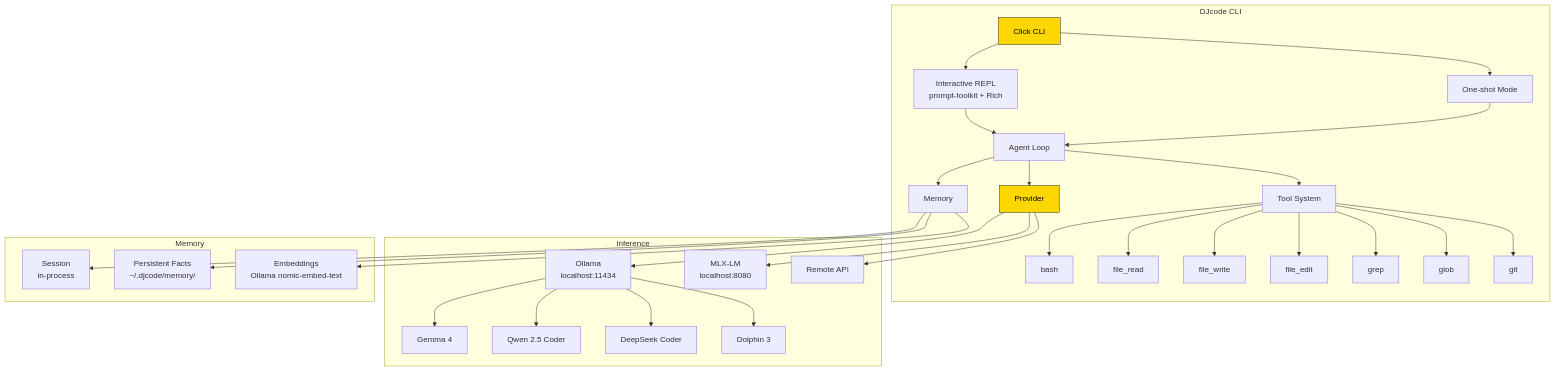
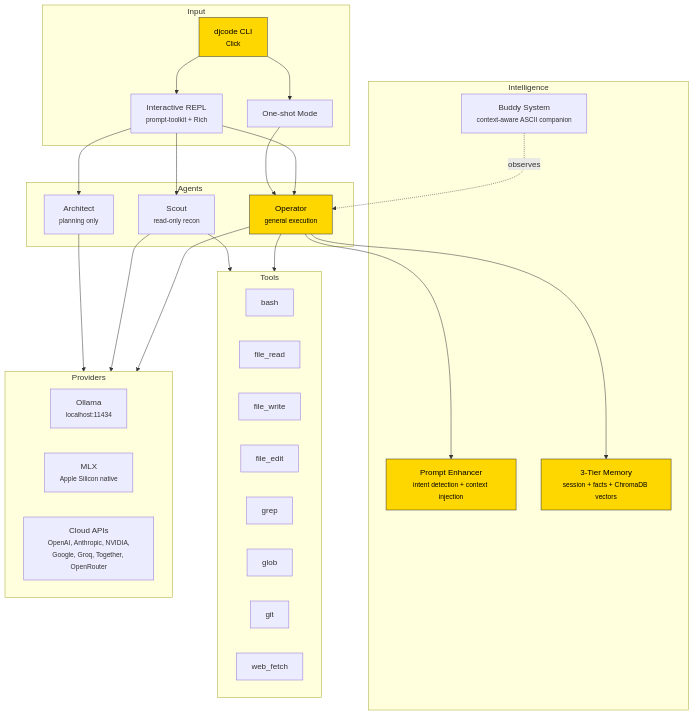
One commit to darshjme/djcode changed the diagram in README.md. Above: the diagram before and after it, drawn with Mermaid. The commit also changed other lines of this file and 3 other files, not shown here.

````diff
--- a/README.md
+++ b/README.md
@@ -154,42 +371,59 @@
 ```mermaid
 graph TB
-    subgraph "DJcode CLI"
-        CLI[Click CLI] --> REPL[Interactive REPL<br/>prompt-toolkit + Rich]
-        CLI --> ONE[One-shot Mode]
-        
-        REPL --> AGENT[Agent Loop]
-        ONE --> AGENT
-        
-        AGENT --> PROV[Provider]
-        AGENT --> TOOLS[Tool System]
-        AGENT --> MEM[Memory]
-        
-        TOOLS --> BASH[bash]
-        TOOLS --> READ[file_read]
-        TOOLS --> WRITE[file_write]
-        TOOLS --> EDIT[file_edit]
-        TOOLS --> GREP[grep]
-        TOOLS --> GLOB[glob]
-        TOOLS --> GIT[git]
-    end
-    
-    subgraph "Inference"
-        PROV --> OLLAMA[Ollama<br/>localhost:11434]
-        PROV --> MLX[MLX-LM<br/>localhost:8080]
-        PROV --> REMOTE[Remote API]
-        
-        OLLAMA --> G4[Gemma 4]
-        OLLAMA --> QW[Qwen 2.5 Coder]
-        OLLAMA --> DS[DeepSeek Coder]
-        OLLAMA --> DL[Dolphin 3]
-    end
-    
-    subgraph "Memory"
-        MEM --> S[Session<br/>in-process]
-        MEM --> P[Persistent Facts<br/>~/.djcode/memory/]
-        MEM --> E[Embeddings<br/>Ollama nomic-embed-text]
+    subgraph Input
+        CLI["djcode CLI<br/><small>Click</small>"]
+        REPL["Interactive REPL<br/><small>prompt-toolkit + Rich</small>"]
+        ONESHOT["One-shot Mode"]
     end
 
+    subgraph Agents
+        OP["Operator<br/><small>general execution</small>"]
+        SC["Scout<br/><small>read-only recon</small>"]
+        AR["Architect<br/><small>planning only</small>"]
+    end
+
+    subgraph Intelligence
+        PE["Prompt Enhancer<br/><small>intent detection + context injection</small>"]
+        MEM["3-Tier Memory<br/><small>session + facts + ChromaDB vectors</small>"]
+        BUDDY["Buddy System<br/><small>context-aware ASCII companion</small>"]
+    end
+
+    subgraph Tools
+        BASH["bash"]
+        FR["file_read"]
+        FW["file_write"]
+        FE["file_edit"]
+        GR["grep"]
+        GL["glob"]
+        GIT["git"]
+        WF["web_fetch"]
+    end
+
+    subgraph Providers
+        OL["Ollama<br/><small>localhost:11434</small>"]
+        MLX["MLX<br/><small>Apple Silicon native</small>"]
+        CLOUD["Cloud APIs<br/><small>OpenAI, Anthropic, NVIDIA,<br/>Google, Groq, Together, OpenRouter</small>"]
+    end
+
+    CLI --> REPL
+    CLI --> ONESHOT
+    REPL --> OP
+    REPL --> SC
+    REPL --> AR
+    ONESHOT --> OP
+
+    OP --> PE
+    OP --> MEM
+    OP --> Tools
+    SC --> Tools
+    OP --> Providers
+    SC --> Providers
+    AR --> Providers
+
+    BUDDY -.->|observes| OP
+
     style CLI fill:#FFD700,stroke:#333,color:#000
-    style PROV fill:#FFD700,stroke:#333,color:#000
+    style OP fill:#FFD700,stroke:#333,color:#000
+    style PE fill:#FFD700,stroke:#333,color:#000
+    style MEM fill:#FFD700,stroke:#333,color:#000
 ```
````
